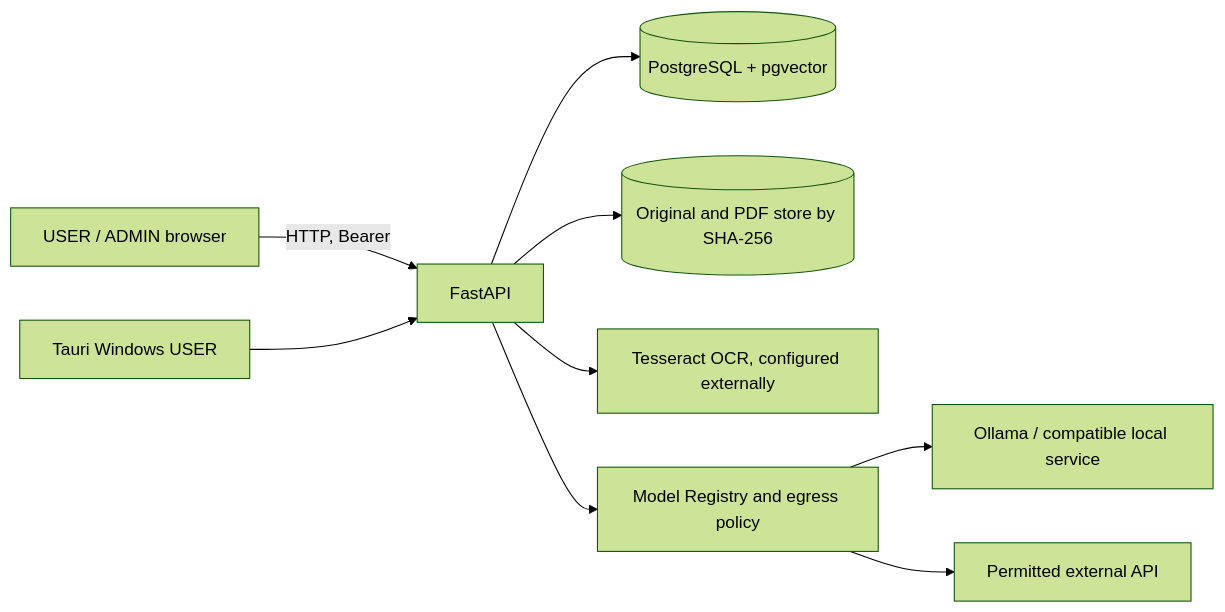
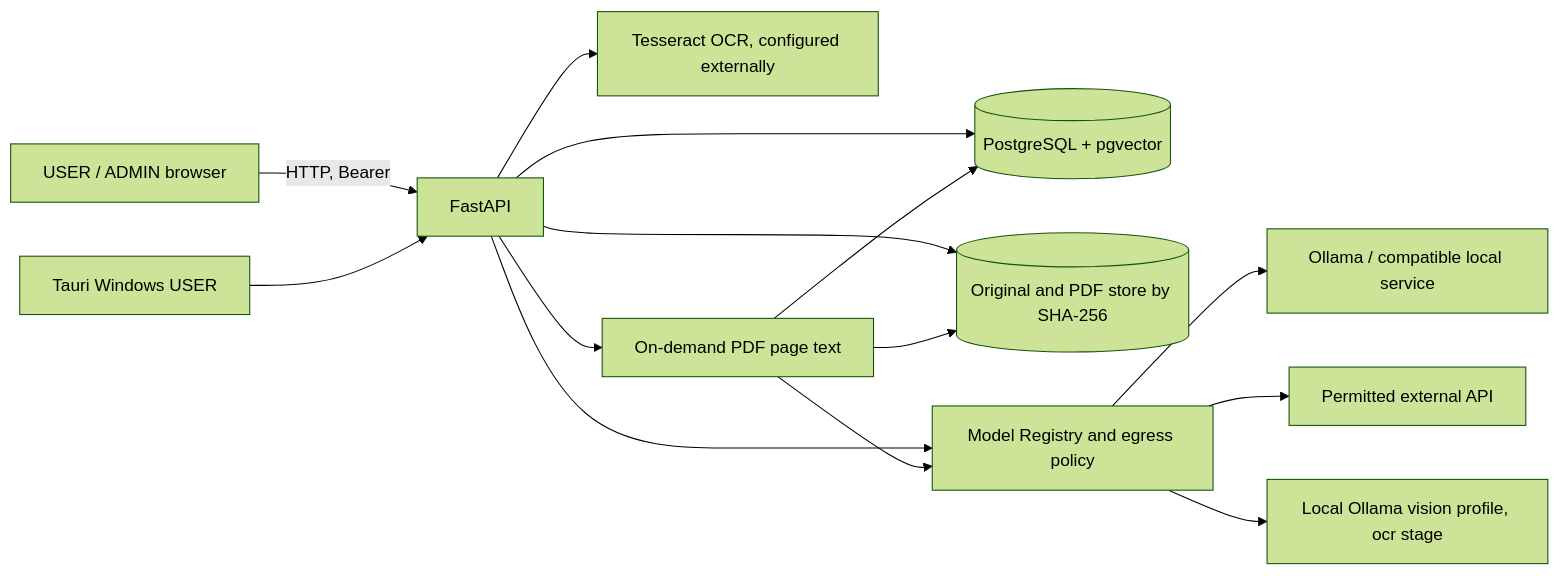
One commit to deviouslove-ship-it/Evidence_RAG_Handoff changed the first of 3 diagrams in docs/en/SYSTEM_DESCRIPTION.md. Above: the diagram before and after it, drawn with Mermaid (forest theme). The commit also changed other lines of this file and 85 other files, not shown here.

Commit message:
Lưu baseline WIP hiện có (OCR AI 0017, page text, qwen3.5) trước kế hoạch so sánh & rà soát mâu thuẫn

````diff
--- a/docs/en/SYSTEM_DESCRIPTION.md
+++ b/docs/en/SYSTEM_DESCRIPTION.md
@@ -28,11 +28,16 @@
 ```mermaid
 flowchart LR
  U[USER / ADMIN browser] -->|HTTP, Bearer| A[FastAPI]
  T[Tauri Windows USER] --> A
  A --> P[(PostgreSQL + pgvector)]
  A --> F[(Original and PDF store by SHA-256)]
  A --> O[Tesseract OCR, configured externally]
  A --> R[Model Registry and egress policy]
  R --> L[Ollama / compatible local service]
  R --> C[Permitted external API]
+ A --> PT[On-demand PDF page text]
+ PT --> P
+ PT --> F
+ PT --> R
+ R --> V[Local Ollama vision profile, ocr stage]
 ```
````
